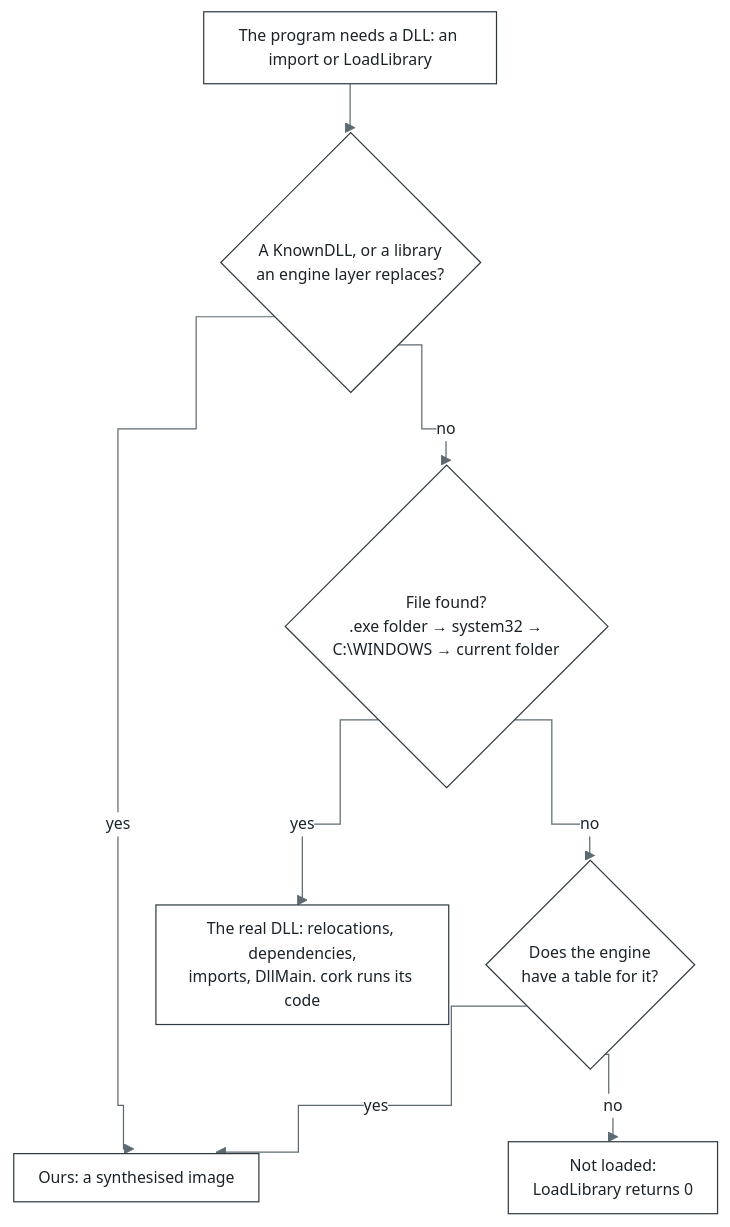
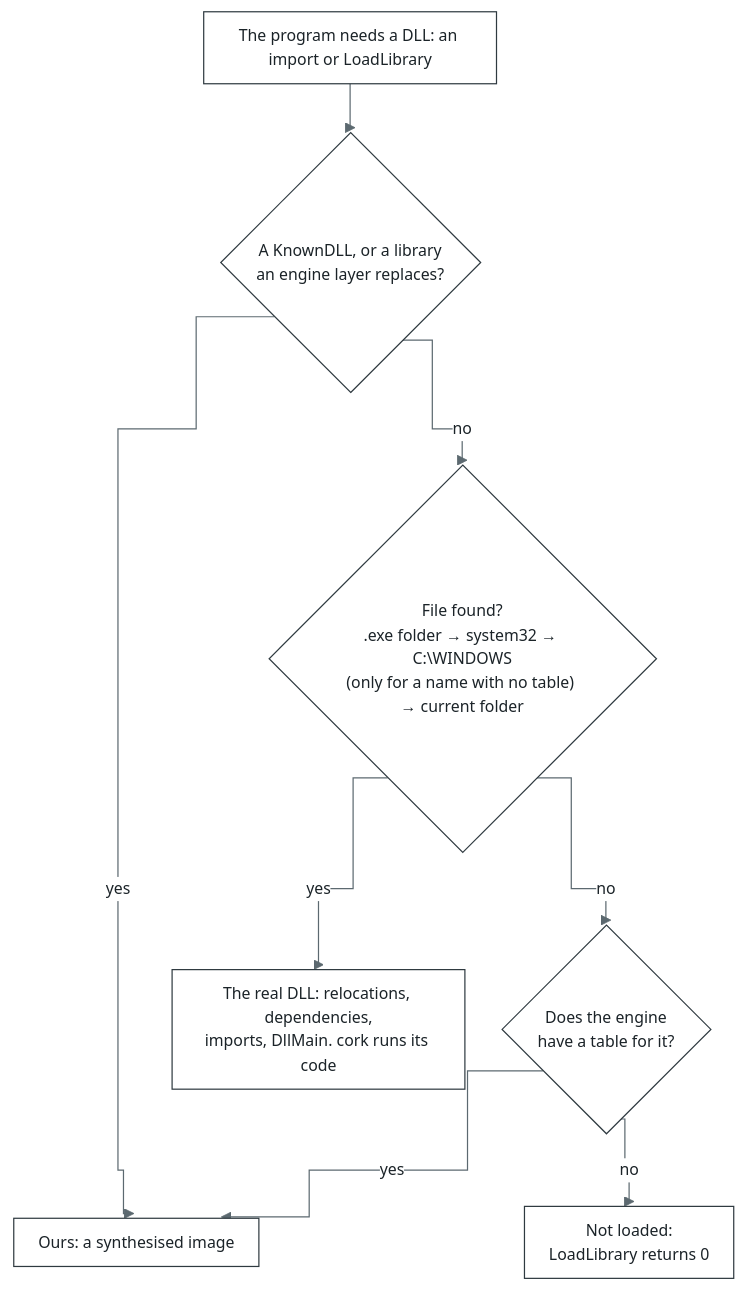
The sixth of 10 diagrams in docs/architecture.md (bottlify/bottlify), drawn with Mermaid before and after one commit. The commit also changed other lines of this file and 5 other files, not shown here.

````diff
--- a/docs/architecture.md
+++ b/docs/architecture.md
@@ -554,11 +611,11 @@
 ```mermaid
 %%{init: {"theme": "base", "flowchart": {"curve": "step", "nodeSpacing": 30, "rankSpacing": 40, "padding": 10}, "themeVariables": {"fontFamily": "Inter, Segoe UI, Helvetica, Arial, sans-serif", "fontSize": "13px", "primaryColor": "#FFFFFF", "primaryBorderColor": "#2F3A40", "primaryTextColor": "#1B2328", "lineColor": "#5C6970", "clusterBkg": "#F3F5F6", "clusterBorder": "#9AA6AC", "edgeLabelBackground": "#FFFFFF"}}}%%
 flowchart TD
   A["The program needs a DLL: an import or LoadLibrary"] --> B{"A KnownDLL, or a library<br/>an engine layer replaces?"}
   B -->|"yes"| OUR["Ours: a synthesised image"]
-  B -->|"no"| C{"File found?<br/>.exe folder → system32 →<br/>C:\WINDOWS → current folder"}
+  B -->|"no"| C{"File found?<br/>.exe folder → system32 → C:\WINDOWS<br/>(only for a name with no table) → current folder"}
   C -->|"yes"| REAL["The real DLL: relocations, dependencies,<br/>imports, DllMain. cork runs its code"]
   C -->|"no"| D{"Does the engine<br/>have a table for it?"}
   D -->|"yes"| OUR
   D -->|"no"| X["Not loaded:<br/>LoadLibrary returns 0"]
 ```
````
